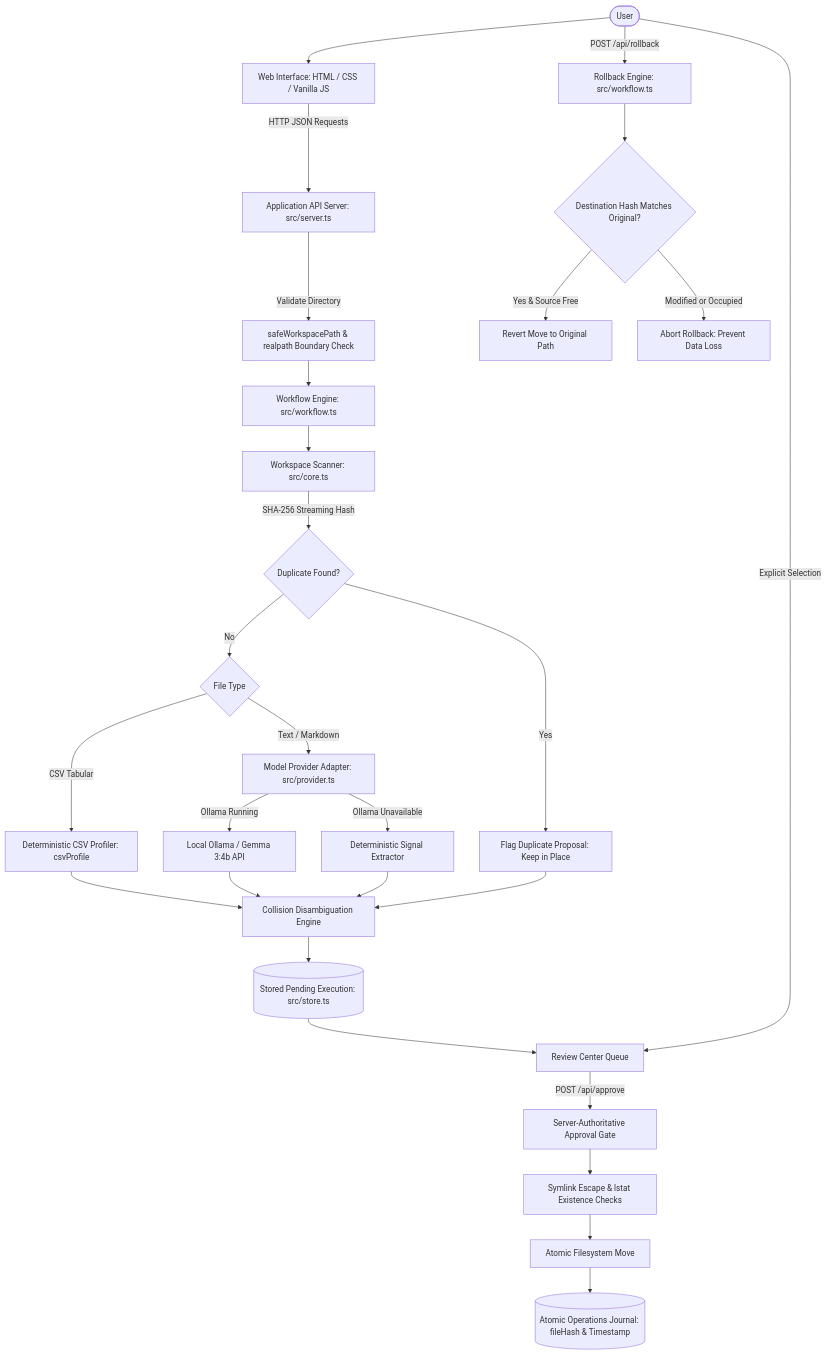
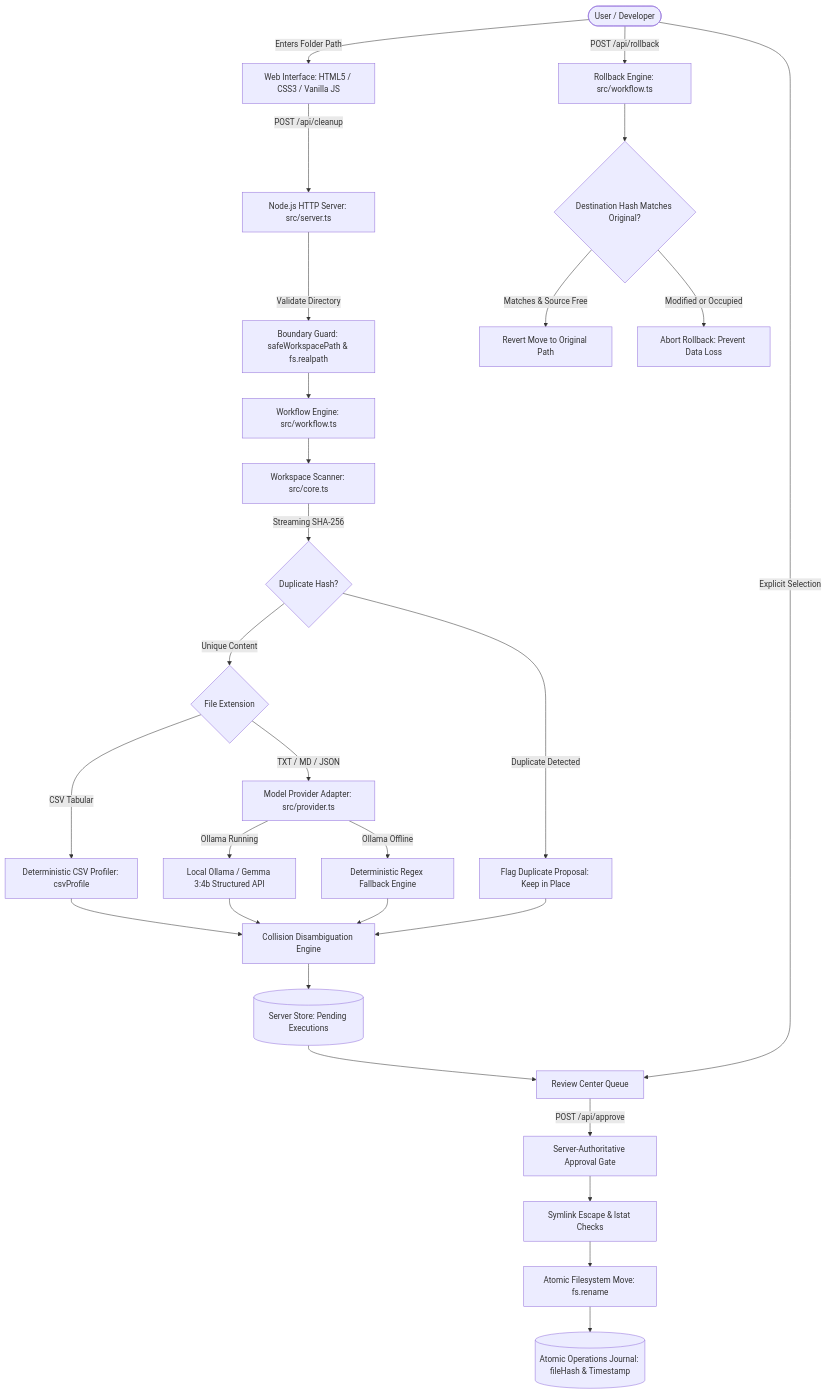
One commit to dr5t/SlothDesk-Ai changed the diagram in README.md. Above: the diagram before and after it, drawn with Mermaid. The commit also changed other lines of this file and 16 other files, not shown here.

Commit message:
feat: add SVG assets, icons, and hero graphics for branding and UI

````diff
--- a/README.md
+++ b/README.md
@@ -118,39 +149,39 @@
 ```mermaid
 flowchart TD
-    User([User]) --> WebUI[Web Interface: HTML / CSS / Vanilla JS]
-    WebUI -->|HTTP JSON Requests| API[Application API Server: src/server.ts]
+    User([User / Developer]) -->|Enters Folder Path| WebUI[Web Interface: HTML5 / CSS3 / Vanilla JS]
+    WebUI -->|POST /api/cleanup| API[Node.js HTTP Server: src/server.ts]
     
-    API -->|Validate Directory| Boundary[safeWorkspacePath & realpath Boundary Check]
+    API -->|Validate Directory| Boundary[Boundary Guard: safeWorkspacePath & fs.realpath]
     Boundary --> Workflow[Workflow Engine: src/workflow.ts]
     Workflow --> Scanner[Workspace Scanner: src/core.ts]
     
-    Scanner -->|SHA-256 Streaming Hash| HashCheck{Duplicate Found?}
-    HashCheck -->|Yes| DupFlag[Flag Duplicate Proposal: Keep in Place]
-    HashCheck -->|No| TypeRoute{File Type}
+    Scanner -->|Streaming SHA-256| HashCheck{Duplicate Hash?}
+    HashCheck -->|Duplicate Detected| DupFlag[Flag Duplicate Proposal: Keep in Place]
+    HashCheck -->|Unique Content| TypeRoute{File Extension}
     
     TypeRoute -->|CSV Tabular| Profiler[Deterministic CSV Profiler: csvProfile]
-    TypeRoute -->|Text / Markdown| Provider[Model Provider Adapter: src/provider.ts]
+    TypeRoute -->|TXT / MD / JSON| Provider[Model Provider Adapter: src/provider.ts]
     
-    Provider -->|Ollama Running| Ollama[Local Ollama / Gemma 3:4b API]
-    Provider -->|Ollama Unavailable| Fallback[Deterministic Signal Extractor]
+    Provider -->|Ollama Running| Ollama[Local Ollama / Gemma 3:4b Structured API]
+    Provider -->|Ollama Offline| Fallback[Deterministic Regex Fallback Engine]
     
     Profiler --> Disambiguate[Collision Disambiguation Engine]
     Ollama --> Disambiguate
     Fallback --> Disambiguate
     DupFlag --> Disambiguate
     
-    Disambiguate --> PendingExec[(Stored Pending Execution: src/store.ts)]
+    Disambiguate --> PendingExec[(Server Store: Pending Executions)]
     PendingExec --> ReviewQueue[Review Center Queue]
     
     User -->|Explicit Selection| ReviewQueue
     ReviewQueue -->|POST /api/approve| ApprovalGate[Server-Authoritative Approval Gate]
     
-    ApprovalGate --> SymlinkGuard[Symlink Escape & lstat Existence Checks]
-    SymlinkGuard --> MoveFile[Atomic Filesystem Move]
+    ApprovalGate --> SymlinkGuard[Symlink Escape & lstat Checks]
+    SymlinkGuard --> MoveFile[Atomic Filesystem Move: fs.rename]
     MoveFile --> JournalStore[(Atomic Operations Journal: fileHash & Timestamp)]
     
     User -->|POST /api/rollback| RollbackEngine[Rollback Engine: src/workflow.ts]
     RollbackEngine --> HashVerify{Destination Hash Matches Original?}
-    HashVerify -->|Yes & Source Free| RevertMove[Revert Move to Original Path]
+    HashVerify -->|Matches & Source Free| RevertMove[Revert Move to Original Path]
     HashVerify -->|Modified or Occupied| AbortRollback[Abort Rollback: Prevent Data Loss]
 ```
````
